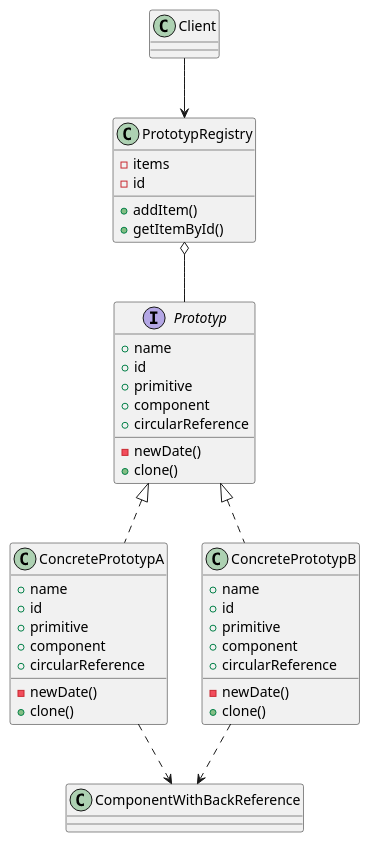
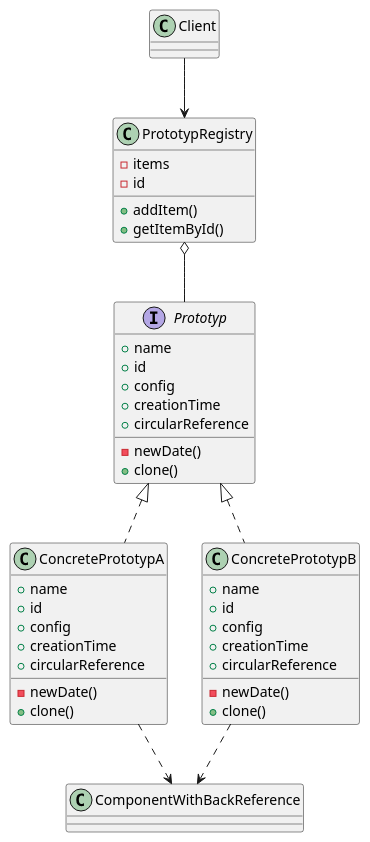
Before and after one commit to anorak21game/TypeScript: the diagram in CreationalPatterns/Prototype/doc/Prototype.puml, drawn with PlantUML. The commit also changed 2629 other files, not shown here.

```diff
--- a/CreationalPatterns/Prototype/doc/Prototype.puml
+++ b/CreationalPatterns/Prototype/doc/Prototype.puml
@@ -1,54 +1,54 @@
 @startuml Prototyp
 
 class Client {
 
 }
 
 class PrototypRegistry {
     -items
     -id
     +addItem()
     +getItemById()
 }
 
 interface Prototyp {
     +name
     +id
-    +primitive
-    +component
+    +config
+    +creationTime
     +circularReference
     -newDate()
     +clone()
 }
 
 class ConcretePrototypA {
     +name
     +id
-    +primitive
-    +component
+    +config
+    +creationTime
     +circularReference
     -newDate()
     +clone()
 }
 
 class ConcretePrototypB {
     +name
     +id
-    +primitive
-    +component
+    +config
+    +creationTime
     +circularReference
     -newDate()
     +clone()
 }
 
 class ComponentWithBackReference {
 
 }
 
 Client --> PrototypRegistry
 PrototypRegistry o-- Prototyp
 Prototyp <|.. ConcretePrototypA
 Prototyp <|.. ConcretePrototypB
 ConcretePrototypA ..> ComponentWithBackReference
 ConcretePrototypB ..> ComponentWithBackReference
 @enduml
```
